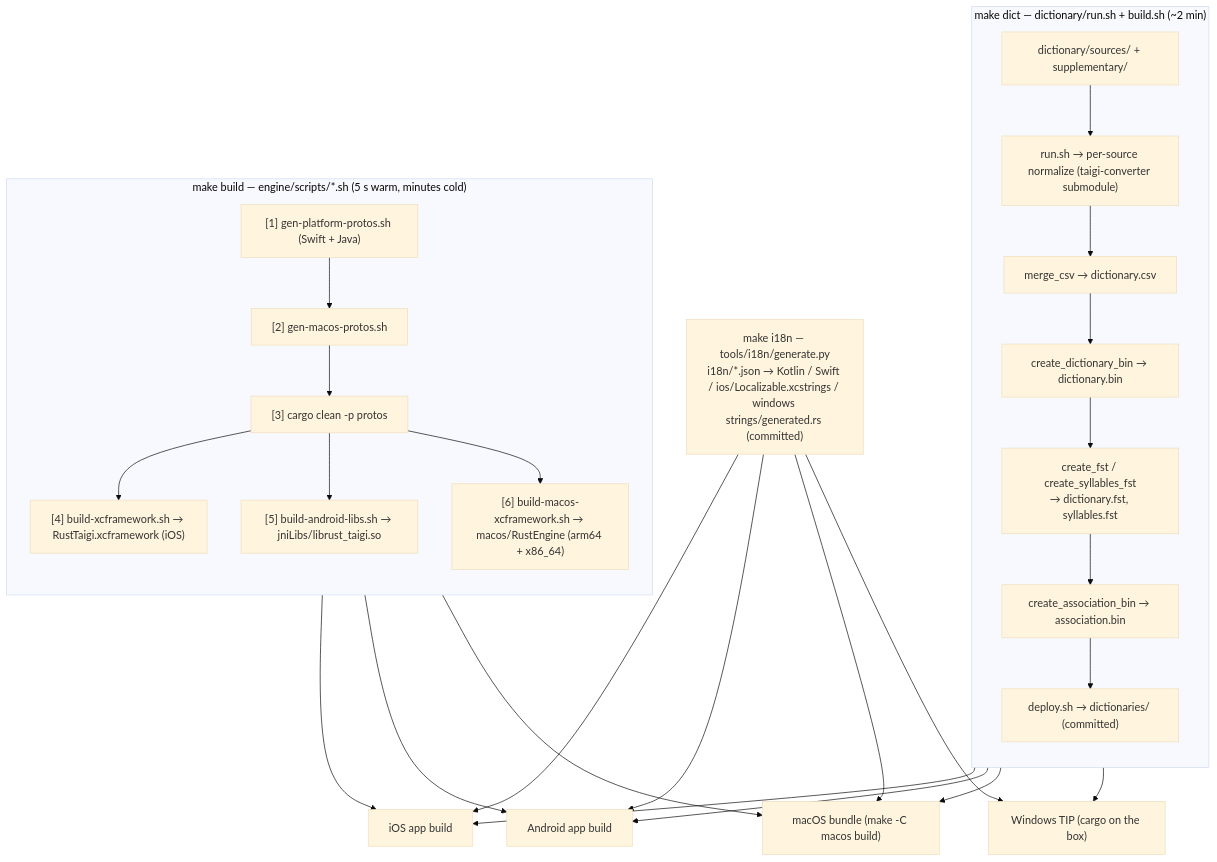
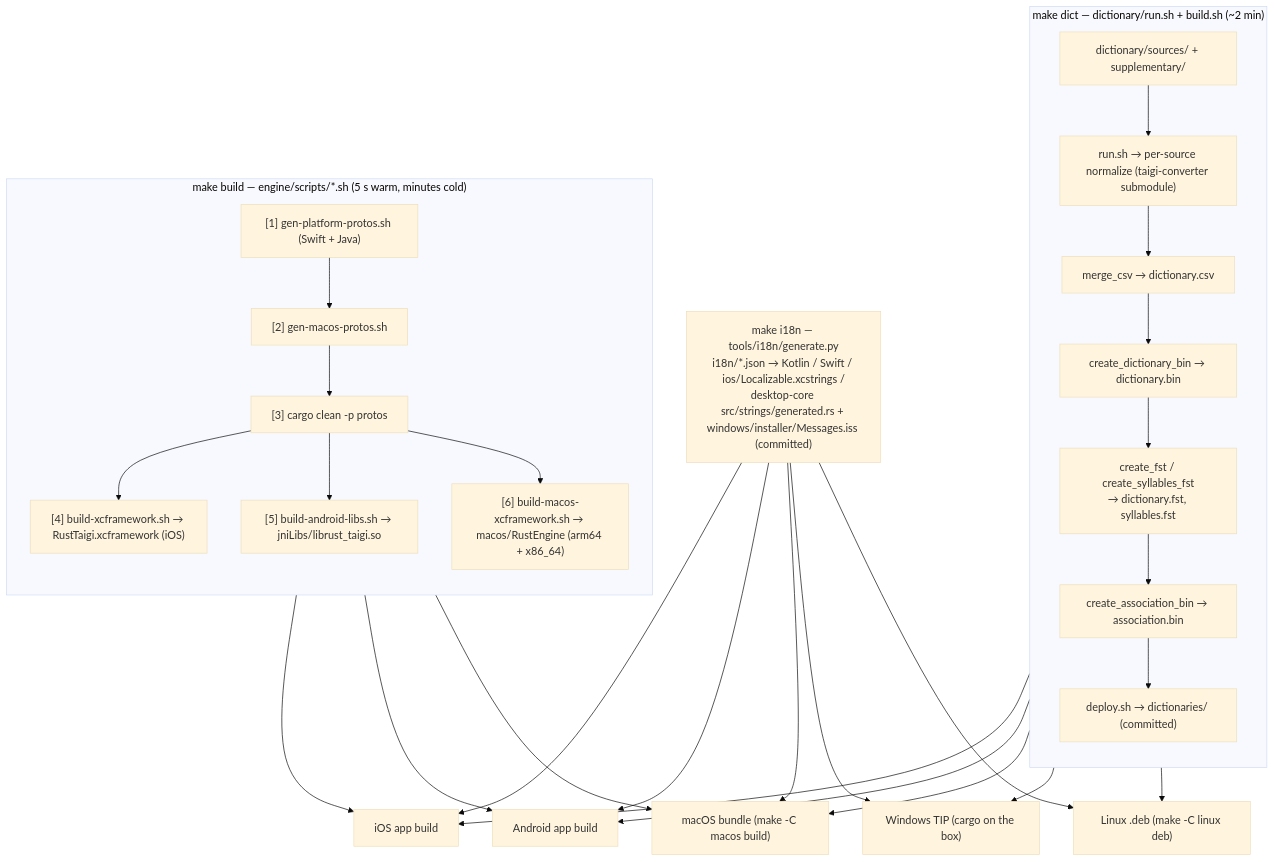
One commit to yapinxxx/taigikeyboard changed the third of 4 diagrams in docs/architecture/system-overview.md. Above: the diagram before and after it, drawn with Mermaid (base theme). The commit also changed other lines of this file and 1 other file, not shown here.

First line of the commit message:
docs(architecture): system-overview + invariants drift

````diff
--- a/docs/architecture/system-overview.md
+++ b/docs/architecture/system-overview.md
@@ -97,24 +105,24 @@
 ```mermaid
 flowchart TD
     subgraph dictpipe["make dict — dictionary/run.sh + build.sh (~2 min)"]
         direction TB
         src["dictionary/sources/ + supplementary/"] --> pipe["run.sh → per-source normalize (taigi-converter submodule)"]
         pipe --> merge["merge_csv → dictionary.csv"] --> binw["create_dictionary_bin → dictionary.bin"]
         binw --> fstw["create_fst / create_syllables_fst<br/>→ dictionary.fst, syllables.fst"] --> assoc["create_association_bin → association.bin"]
         assoc --> dep["deploy.sh → dictionaries/ (committed)"]
     end
     subgraph buildpipe["make build — engine/scripts/*.sh (5 s warm, minutes cold)"]
         direction TB
         proto["[1] gen-platform-protos.sh (Swift + Java)"] --> mproto["[2] gen-macos-protos.sh"] --> clean["[3] cargo clean -p protos"]
         clean --> xcf["[4] build-xcframework.sh → RustTaigi.xcframework (iOS)"]
         clean --> jnib["[5] build-android-libs.sh → jniLibs/librust_taigi.so"]
         clean --> mxcf["[6] build-macos-xcframework.sh → macos/RustEngine (arm64 + x86_64)"]
     end
-    i18n["make i18n — tools/i18n/generate.py<br/>i18n/*.json → Kotlin / Swift / ios/Localizable.xcstrings / windows strings/generated.rs (committed)"]
+    i18n["make i18n — tools/i18n/generate.py<br/>i18n/*.json → Kotlin / Swift / ios/Localizable.xcstrings /<br/>desktop-core src/strings/generated.rs + windows/installer/Messages.iss (committed)"]
 
-    dep --> iosApp["iOS app build"] & andApp["Android app build"] & macApp["macOS bundle (make -C macos build)"] & winApp["Windows TIP (cargo on the box)"]
+    dep --> iosApp["iOS app build"] & andApp["Android app build"] & macApp["macOS bundle (make -C macos build)"] & winApp["Windows TIP (cargo on the box)"] & linApp["Linux .deb (make -C linux deb)"]
     xcf --> iosApp
     jnib --> andApp
     mxcf --> macApp
-    i18n --> iosApp & andApp & macApp & winApp
+    i18n --> iosApp & andApp & macApp & winApp & linApp
 ```
````
